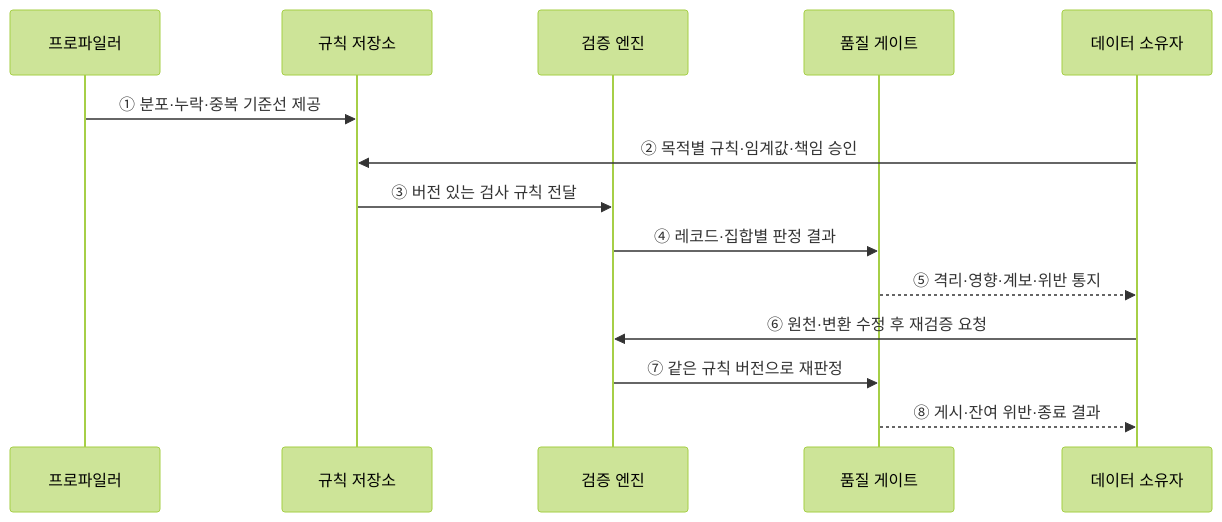
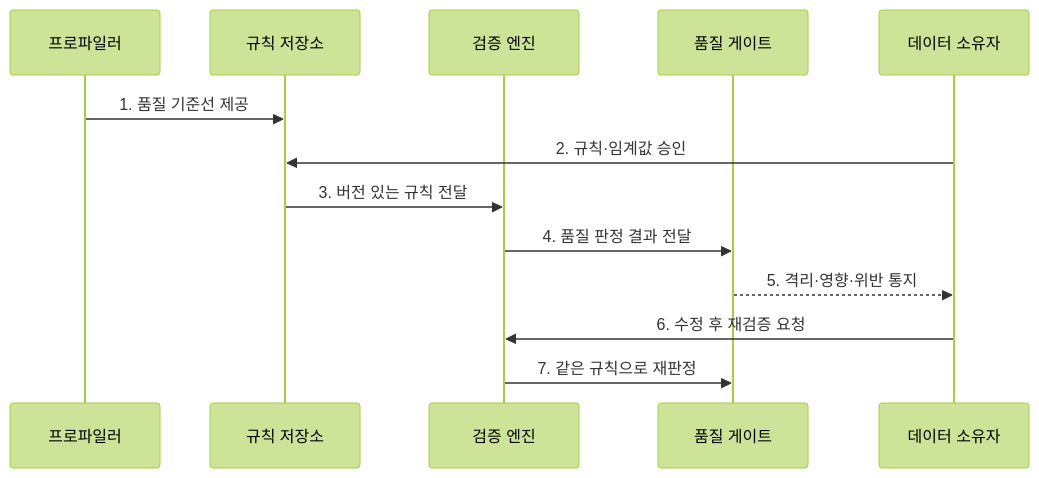
Before and after one commit to agnusdei1207/knowledge-base: the second of 2 diagrams in src/content/docs/notes/03-software/137_data_quality_management.md, drawn with Mermaid (forest theme). The commit also changed other lines of this file and 20 other files, not shown here.

````diff
--- a/src/content/docs/notes/03-software/137_data_quality_management.md
+++ b/src/content/docs/notes/03-software/137_data_quality_management.md
@@ -85,16 +82,15 @@
 ```mermaid
 sequenceDiagram
     participant P as 프로파일러
     participant R as 규칙 저장소
     participant V as 검증 엔진
     participant G as 품질 게이트
     participant O as 데이터 소유자
-    P->>R: ① 분포·누락·중복 기준선 제공
-    O->>R: ② 목적별 규칙·임계값·책임 승인
-    R->>V: ③ 버전 있는 검사 규칙 전달
-    V->>G: ④ 레코드·집합별 판정 결과
-    G-->>O: ⑤ 격리·영향·계보·위반 통지
-    O->>V: ⑥ 원천·변환 수정 후 재검증 요청
-    V->>G: ⑦ 같은 규칙 버전으로 재판정
-    G-->>O: ⑧ 게시·잔여 위반·종료 결과
+    P->>R: 1. 품질 기준선 제공
+    O->>R: 2. 규칙·임계값 승인
+    R->>V: 3. 버전 있는 규칙 전달
+    V->>G: 4. 품질 판정 결과 전달
+    G-->>O: 5. 격리·영향·위반 통지
+    O->>V: 6. 수정 후 재검증 요청
+    V->>G: 7. 같은 규칙으로 재판정
 ```
````
